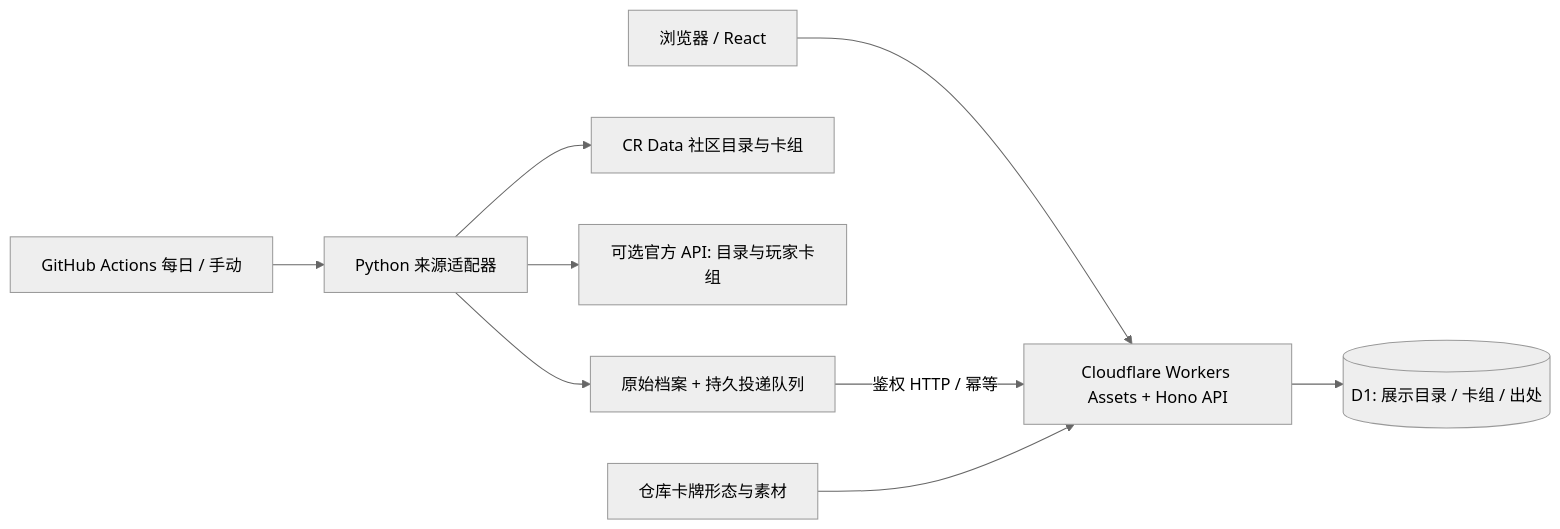
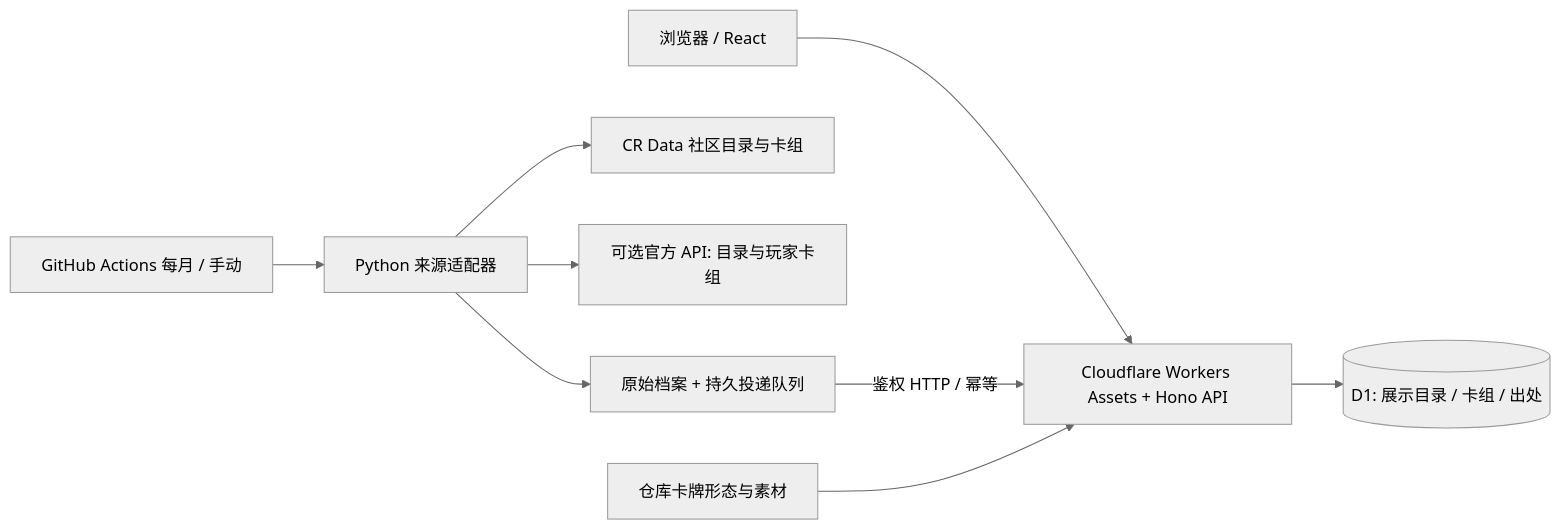
One commit to super-213/clash-royale changed the diagram in docs/architecture.md. Above: the diagram before and after it, drawn with Mermaid (neutral theme). The commit also changed other lines of this file and 4 other files, not shown here.

````diff
--- a/docs/architecture.md
+++ b/docs/architecture.md
@@ -5,11 +5,11 @@
 ```mermaid
 flowchart LR
   Reader[浏览器 / React] --> Edge[Cloudflare Workers Assets + Hono API]
   Edge --> D1[(D1: 展示目录 / 卡组 / 出处)]
-  Actions[GitHub Actions 每日 / 手动] --> Python[Python 来源适配器]
+  Actions[GitHub Actions 每月 / 手动] --> Python[Python 来源适配器]
   Python --> Community[CR Data 社区目录与卡组]
   Python --> Official[可选官方 API: 目录与玩家卡组]
   Python --> Outbox[原始档案 + 持久投递队列]
   Outbox -->|鉴权 HTTP / 幂等| Edge
   Bundled[仓库卡牌形态与素材] --> Edge
 ```
````
